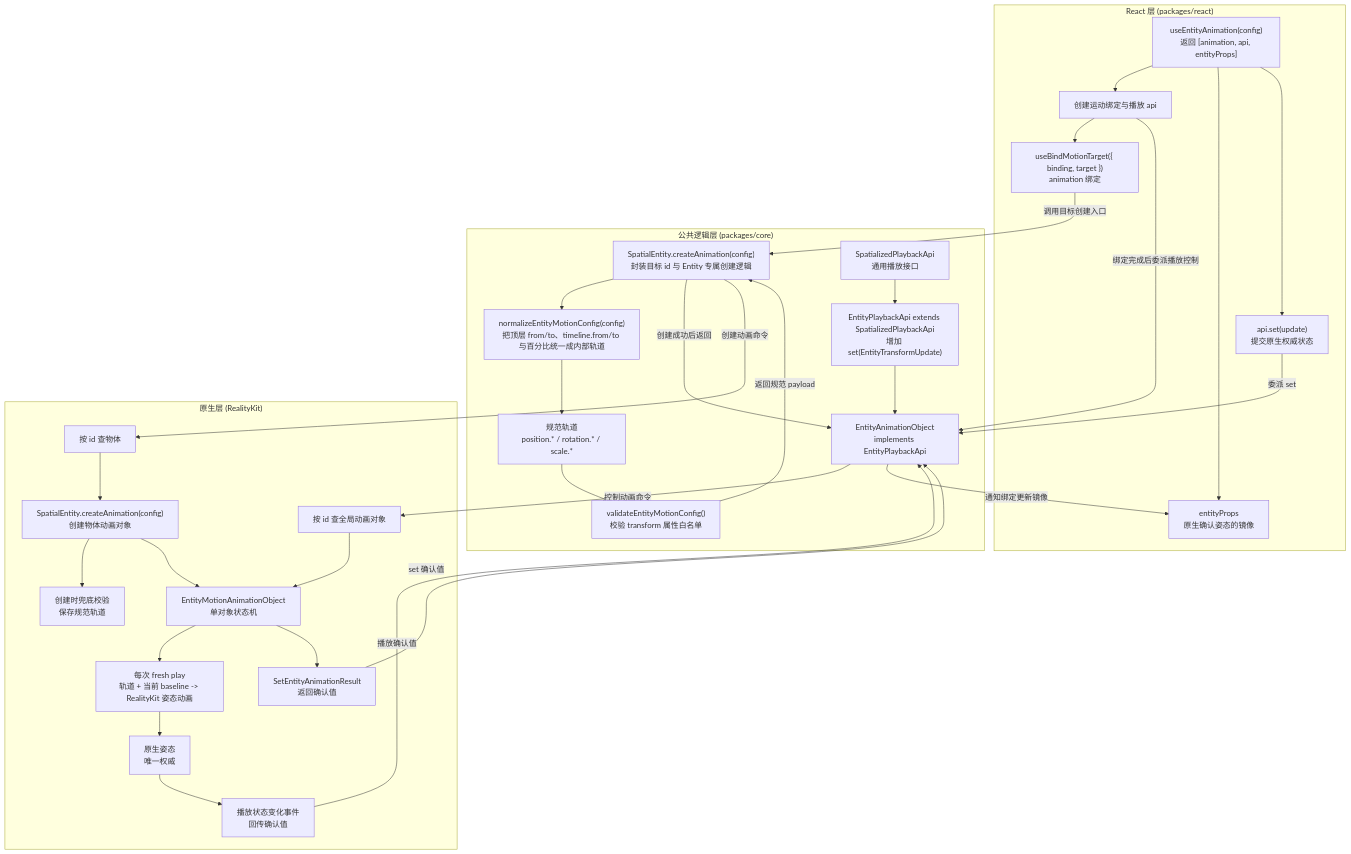
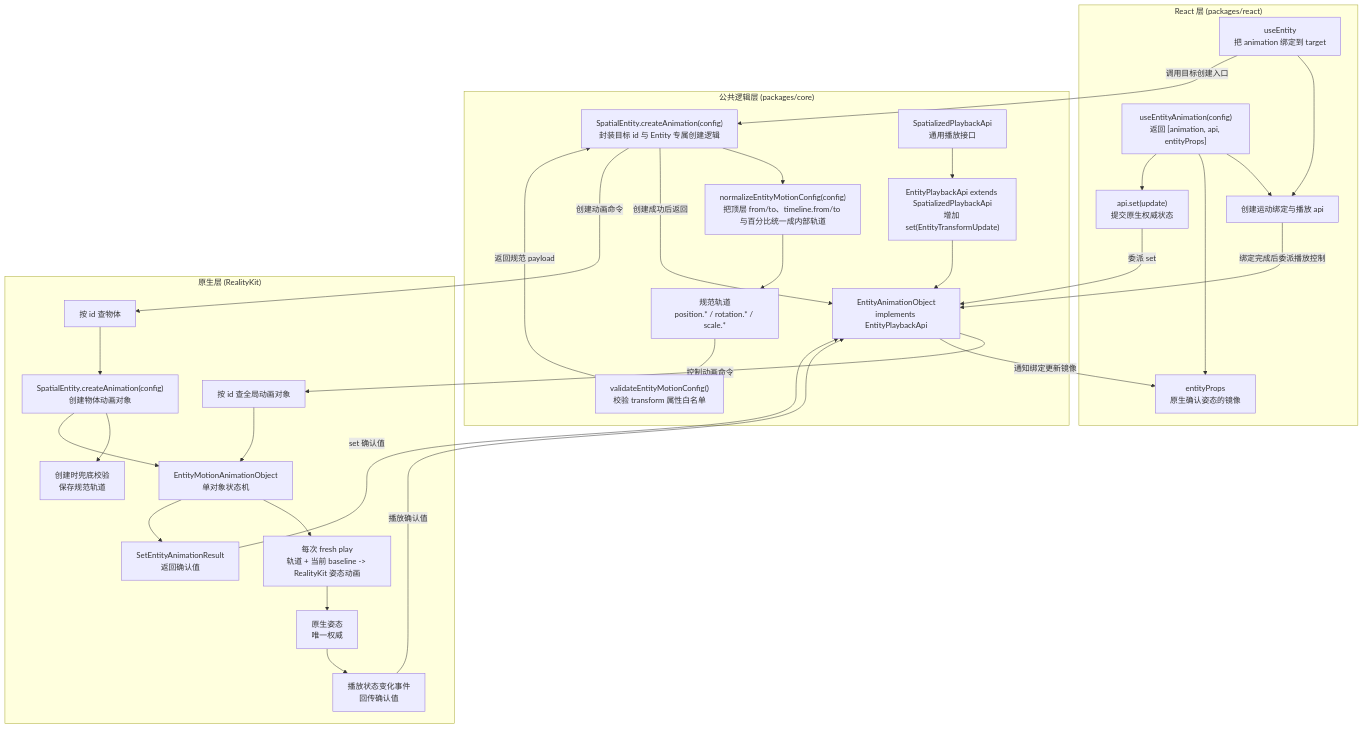
One commit to webspatial/webspatial-sdk changed the first of 14 diagrams in openspec/changes/redesign-entity-motion-api/design.zh.md. Above: the diagram before and after it, drawn with Mermaid. The commit also changed other lines of this file and 1 other file, not shown here.

Commit message:
docs(entity-motion): align design with final implementation

````diff
--- a/openspec/changes/redesign-entity-motion-api/design.zh.md
+++ b/openspec/changes/redesign-entity-motion-api/design.zh.md
@@ -117,63 +117,63 @@
 ```mermaid
 flowchart TB
     subgraph React["React 层 (packages/react)"]
         UseEntity["useEntityAnimation(config)<br/>返回 [animation, api, entityProps]"]
         ReactBinding["创建运动绑定与播放 api"]
         EntityProps["entityProps<br/>原生确认姿态的镜像"]
         ApiSet["api.set(update)<br/>提交原生权威状态"]
-        BindTarget["useBindMotionTarget({ binding, target })<br/>animation 绑定"]
+        BindTarget["useEntity<br/>把 animation 绑定到 target"]
 
         UseEntity --> ReactBinding
         UseEntity --> EntityProps
         UseEntity --> ApiSet
-        ReactBinding --> BindTarget
+        BindTarget --> ReactBinding
     end
 
     subgraph Core["公共逻辑层 (packages/core)"]
         EntityCreate["SpatialEntity.createAnimation(config)<br/>封装目标 id 与 Entity 专属创建逻辑"]
         Normalize["normalizeEntityMotionConfig(config)<br/>把顶层 from/to、timeline.from/to 与百分比统一成内部轨道"]
         Tracks["规范轨道<br/>position.* / rotation.* / scale.*"]
         Validate["validateEntityMotionConfig()<br/>校验 transform 属性白名单"]
         PlaybackApi["SpatializedPlaybackApi<br/>通用播放接口"]
         EntityApi["EntityPlaybackApi extends SpatializedPlaybackApi<br/>增加 set(EntityTransformUpdate)"]
         CoreAnimationObject["EntityAnimationObject<br/>implements EntityPlaybackApi"]
 
         EntityCreate --> Normalize
         Normalize --> Tracks
         Tracks --> Validate
         Validate -->|"返回规范 payload"| EntityCreate
         EntityCreate -->|"创建成功后返回"| CoreAnimationObject
         PlaybackApi --> EntityApi
         EntityApi --> CoreAnimationObject
     end
 
     subgraph Native["原生层 (RealityKit)"]
         Resolve["按 id 查物体"]
         ResolveAnimation["按 id 查全局动画对象"]
         EntityCreateNative["SpatialEntity.createAnimation(config)<br/>创建物体动画对象"]
         AnimationObject["EntityMotionAnimationObject<br/>单对象状态机"]
         NativeValidate["创建时兜底校验<br/>保存规范轨道"]
         Compile["每次 fresh play<br/>轨道 + 当前 baseline -> RealityKit 姿态动画"]
         Authority["原生姿态<br/>唯一权威"]
         Event["播放状态变化事件<br/>回传确认值"]
         SetResult["SetEntityAnimationResult<br/>返回确认值"]
 
         Resolve --> EntityCreateNative
         ResolveAnimation --> AnimationObject
         EntityCreateNative --> NativeValidate
         EntityCreateNative --> AnimationObject
         AnimationObject --> Compile
         Compile --> Authority
         Authority --> Event
         AnimationObject --> SetResult
     end
 
     BindTarget -->|"调用目标创建入口"| EntityCreate
     ReactBinding -->|"绑定完成后委派播放控制"| CoreAnimationObject
     ApiSet -->|"委派 set"| CoreAnimationObject
     EntityCreate -->|"创建动画命令"| Resolve
     CoreAnimationObject -->|"控制动画命令"| ResolveAnimation
     Event -->|"播放确认值"| CoreAnimationObject
     SetResult -->|"set 确认值"| CoreAnimationObject
     CoreAnimationObject -->|"通知绑定更新镜像"| EntityProps
 ```
````
